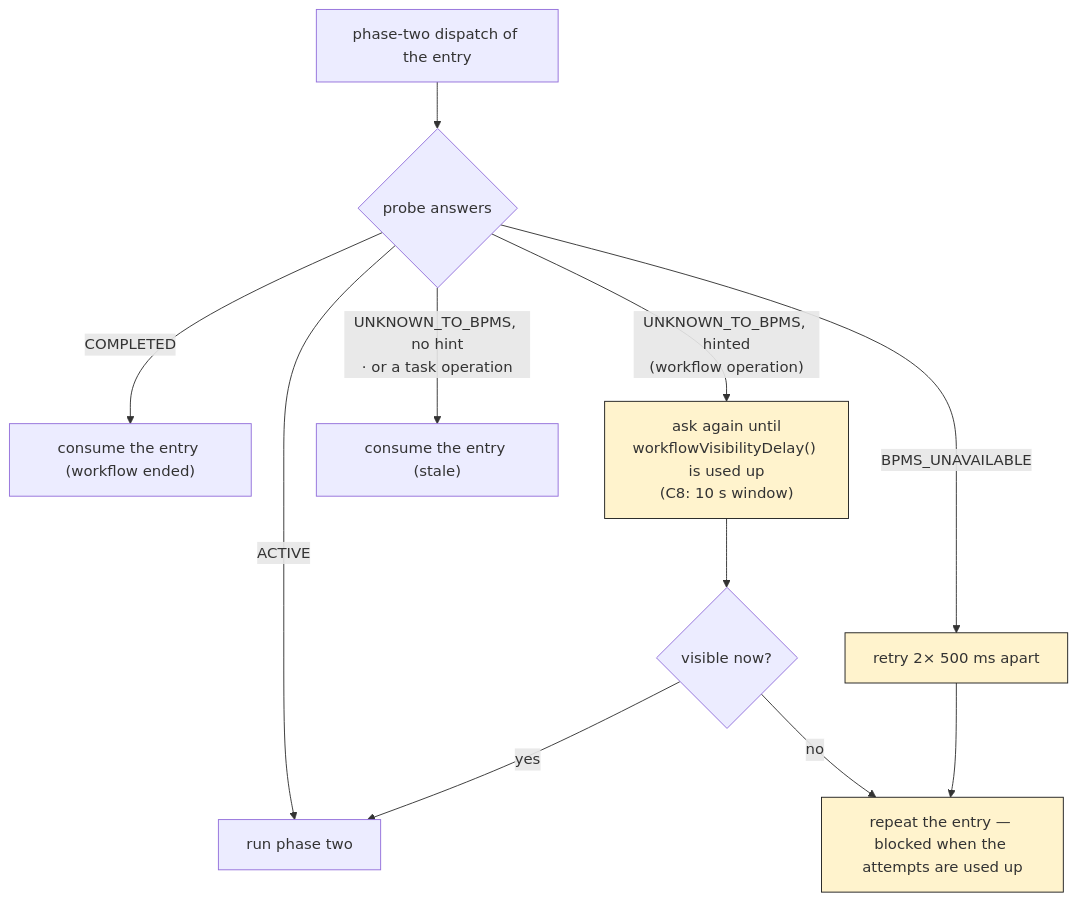
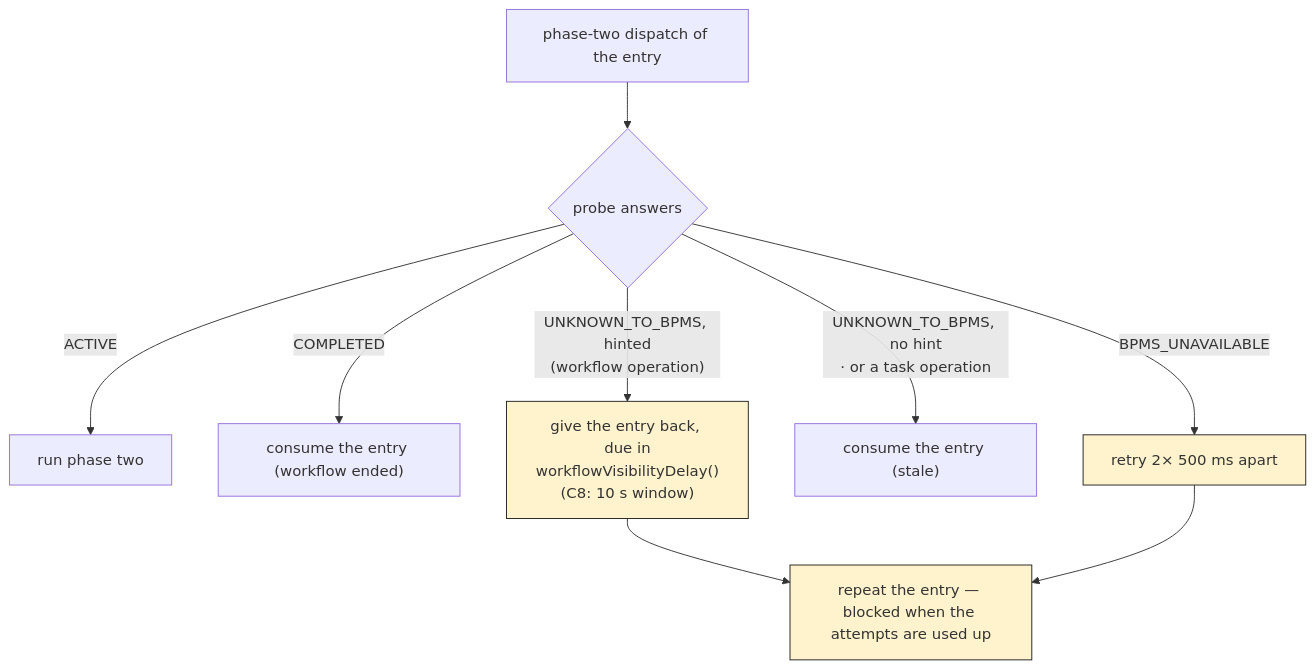
Before and after one commit to vanillabp/adapter-platform-integration: the third of 15 diagrams in migration-adapter/README.md, drawn with Mermaid. The commit also changed other lines of this file and 12 other files, not shown here.

````diff
--- a/migration-adapter/README.md
+++ b/migration-adapter/README.md
@@ -142,14 +144,12 @@
 ```mermaid
 flowchart TB
   D["phase-two dispatch of the entry"] --> DR{"probe answers"}
   DR -->|ACTIVE| DO["run phase two"]
   DR -->|COMPLETED| DC["consume the entry (workflow ended)"]
-  DR -->|"UNKNOWN_TO_BPMS, hinted<br/>(workflow operation)"| DW["ask again until<br/>workflowVisibilityDelay() is used up<br/>(C8: 10 s window)"] --> DR2{"visible now?"}
-  DR2 -->|yes| DO
-  DR2 -->|no| DRE["repeat the entry — blocked when the attempts are used up"]
+  DR -->|"UNKNOWN_TO_BPMS, hinted<br/>(workflow operation)"| DW["give the entry back, due in<br/>workflowVisibilityDelay()<br/>(C8: 10 s window)"] --> DRE["repeat the entry — blocked when the attempts are used up"]
   DR -->|"UNKNOWN_TO_BPMS, no hint<br/>· or a task operation"| DS["consume the entry (stale)"]
   DR -->|BPMS_UNAVAILABLE| DU["retry 2× 500 ms apart"] --> DRE
 
   classDef warn fill:#fff3cd,stroke:#1e1e1e;
   class DW,DU,DRE warn;
 ```
````
